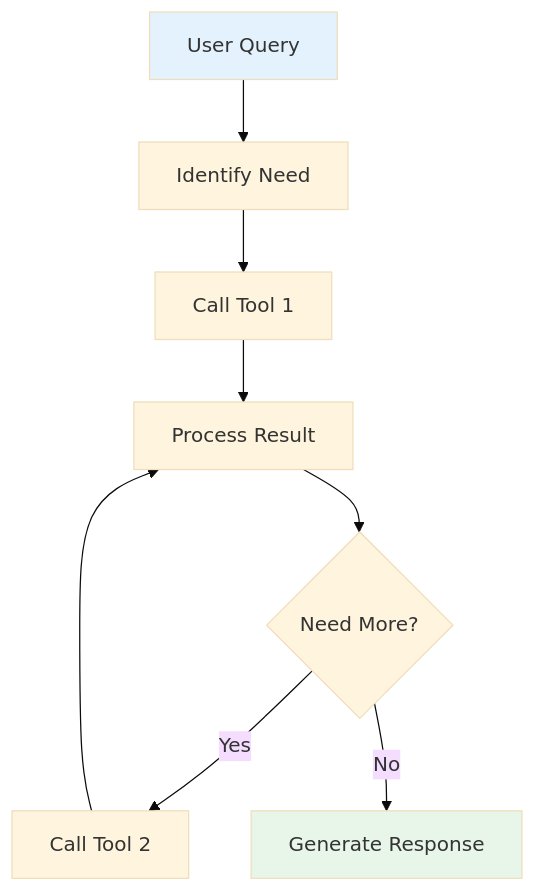
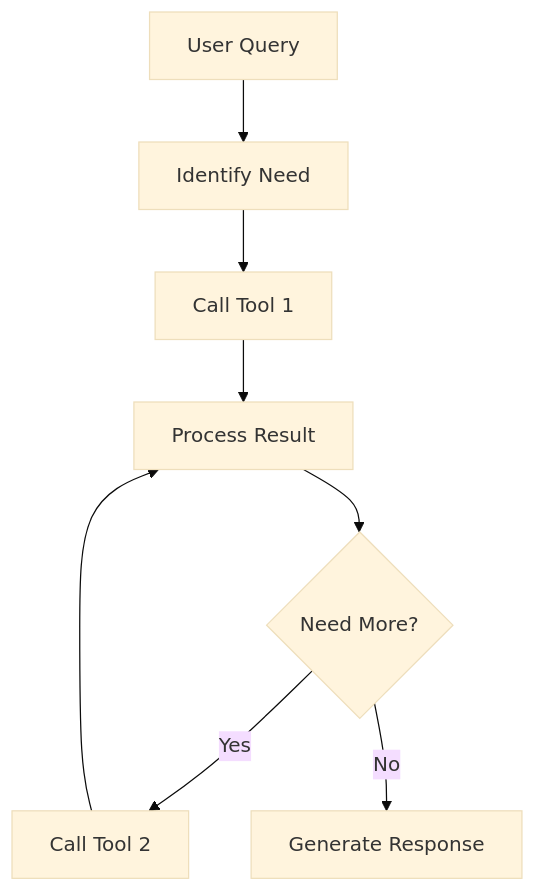
The third of 4 diagrams in content/Concepts/tool-calling-llm.md (xdflatline/quartz), drawn with Mermaid (base theme) before and after one commit. The commit also changed other lines of this file and 6 other files, not shown here.

````diff
--- a/content/Concepts/tool-calling-llm.md
+++ b/content/Concepts/tool-calling-llm.md
@@ -158,13 +155,11 @@
 ```mermaid
 graph TD
     A[User Query] --> B[Identify Need]
     B --> C[Call Tool 1]
     C --> D[Process Result]
     D --> E{Need More?}
     E -->|Yes| F[Call Tool 2]
     F --> D
     E -->|No| G[Generate Response]
     
-    style A fill:#e3f2fd
-    style G fill:#e8f5e9
 ```
````
